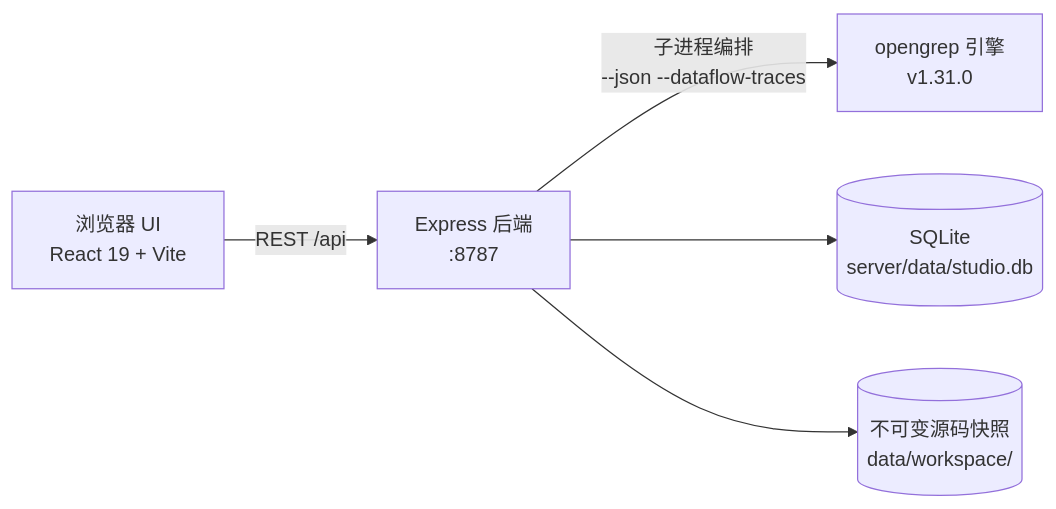
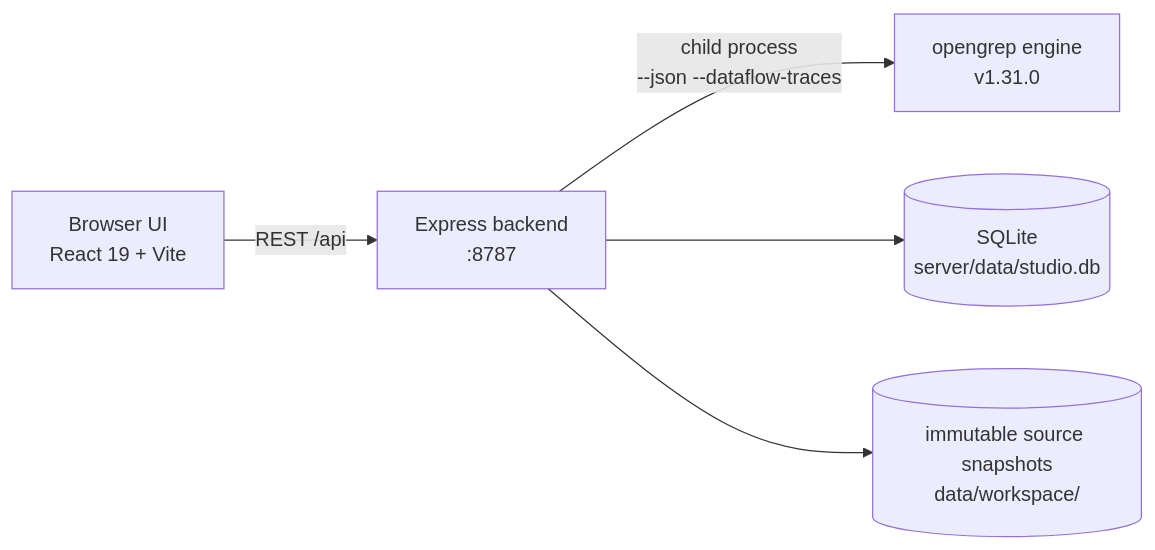
One commit to Lyfxxk/Opengrep-Studio changed the diagram in README.md. Above: the diagram before and after it, drawn with Mermaid. The commit also changed other lines of this file and 2 other files, not shown here.

````diff
--- a/README.md
+++ b/README.md
@@ -189,7 +189,7 @@
 ```mermaid
 flowchart LR
-    U["浏览器 UI<br/>React 19 + Vite"] -->|"REST /api"| S["Express 后端<br/>:8787"]
-    S -->|"子进程编排<br/>--json --dataflow-traces"| E["opengrep 引擎<br/>v1.31.0"]
+    U["Browser UI<br/>React 19 + Vite"] -->|"REST /api"| S["Express backend<br/>:8787"]
+    S -->|"child process<br/>--json --dataflow-traces"| E["opengrep engine<br/>v1.31.0"]
     S --> DB[("SQLite<br/>server/data/studio.db")]
-    S --> FS[("不可变源码快照<br/>data/workspace/")]
+    S --> FS[("immutable source snapshots<br/>data/workspace/")]
 ```
````
